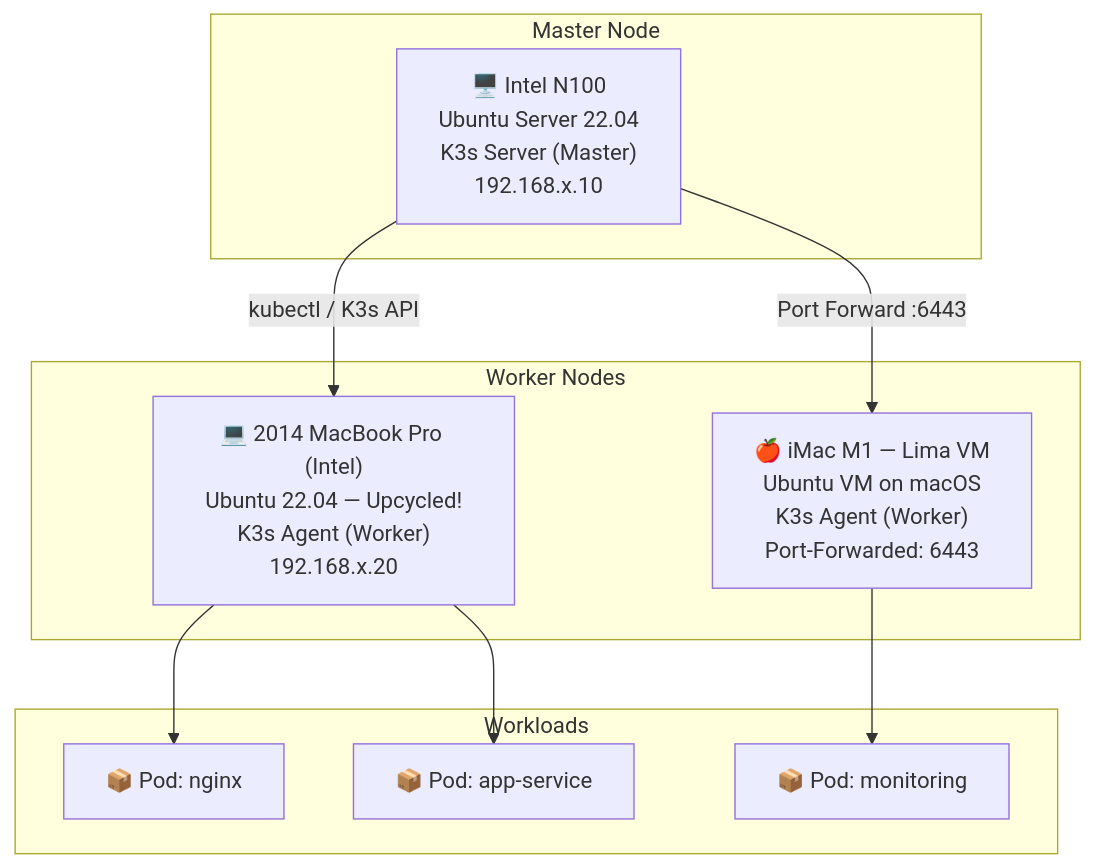
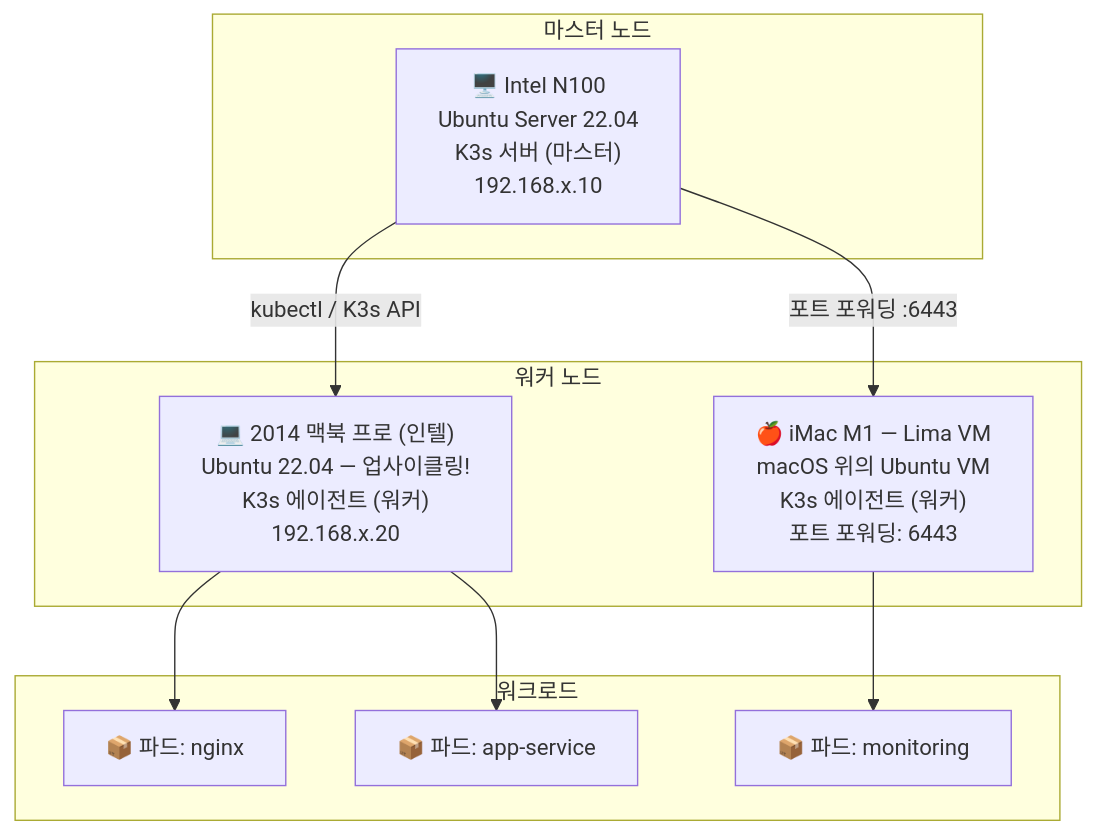
Before and after one commit to kookie2626/Hybrid-K3s-Cluster: the diagram in README.md, drawn with Mermaid. The commit also changed other lines of this file, not shown here.

````diff
--- a/README.md
+++ b/README.md
@@ -22,23 +22,23 @@
 ```mermaid
 graph TD
-    subgraph "Master Node"
-        N100["🖥️ Intel N100<br/>Ubuntu Server 22.04<br/>K3s Server (Master)<br/>192.168.x.10"]
+    subgraph "마스터 노드"
+        N100["🖥️ Intel N100<br/>Ubuntu Server 22.04<br/>K3s 서버 (마스터)<br/>192.168.x.10"]
     end
 
-    subgraph "Worker Nodes"
-        MBP["💻 2014 MacBook Pro (Intel)<br/>Ubuntu 22.04 — Upcycled!<br/>K3s Agent (Worker)<br/>192.168.x.20"]
-        LIMA["🍎 iMac M1 — Lima VM<br/>Ubuntu VM on macOS<br/>K3s Agent (Worker)<br/>Port-Forwarded: 6443"]
+    subgraph "워커 노드"
+        MBP["💻 2014 맥북 프로 (인텔)<br/>Ubuntu 22.04 — 업사이클링!<br/>K3s 에이전트 (워커)<br/>192.168.x.20"]
+        LIMA["🍎 iMac M1 — Lima VM<br/>macOS 위의 Ubuntu VM<br/>K3s 에이전트 (워커)<br/>포트 포워딩: 6443"]
     end
 
-    subgraph "Workloads"
-        POD1["📦 Pod: nginx"]
-        POD2["📦 Pod: app-service"]
-        POD3["📦 Pod: monitoring"]
+    subgraph "워크로드"
+        POD1["📦 파드: nginx"]
+        POD2["📦 파드: app-service"]
+        POD3["📦 파드: monitoring"]
     end
 
     N100 -- "kubectl / K3s API" --> MBP
-    N100 -- "Port Forward :6443" --> LIMA
+    N100 -- "포트 포워딩 :6443" --> LIMA
     MBP --> POD1
     MBP --> POD2
     LIMA --> POD3
 ```
````
